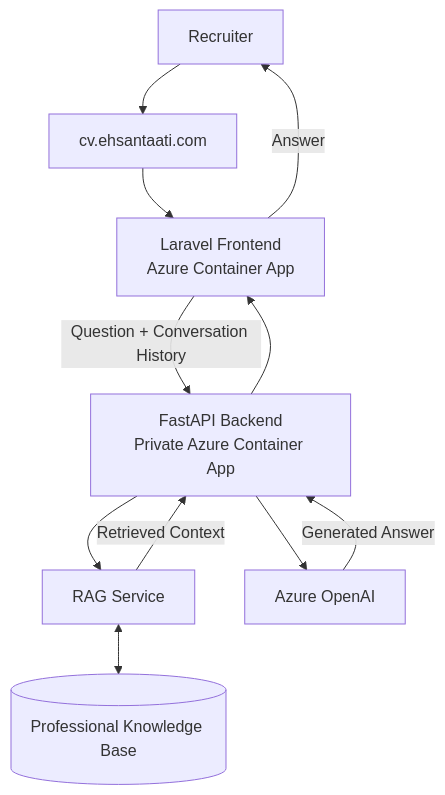
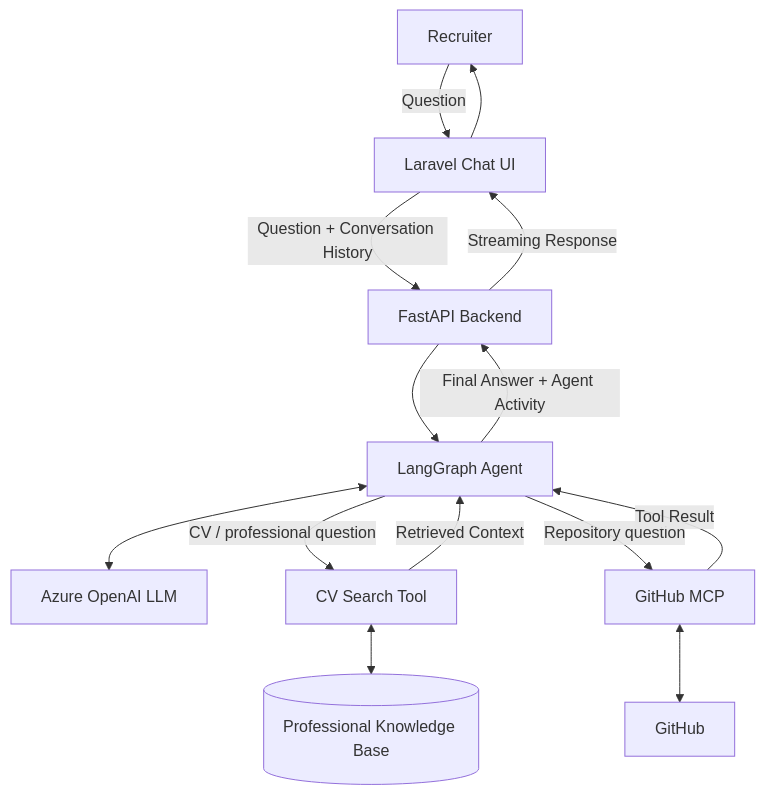
Before and after one commit to ehsantaati/talking-cv-demo: the diagram in README.md, drawn with Mermaid. The commit also changed other lines of this file, not shown here.

````diff
--- a/README.md
+++ b/README.md
@@ -23,27 +13,32 @@
 ```mermaid
 flowchart TD
     U[Recruiter]
-    D[cv.ehsantaati.com]
+    L[Laravel Chat UI]
+    F[FastAPI Backend]
+    A[LangGraph Agent]
+    LLM[Azure OpenAI LLM]
 
-    L[Laravel Frontend<br/>Azure Container App]
-    F[FastAPI Backend<br/>Private Azure Container App]
+    CV[CV Search Tool]
+    KB[(Professional Knowledge Base)]
 
-    RAG[RAG Service]
-    KB[(Professional Knowledge Base)]
-    AI[Azure OpenAI]
+    MCP[GitHub MCP]
+    GH[GitHub]
 
-    U --> D
-    D --> L
+    U -->|Question| L
+    L -->|Question + Conversation History| F
+    F --> A
 
-    L -->|Question + Conversation History| F
+    A <--> LLM
 
-    F --> RAG
-    RAG <--> KB
-    RAG -->|Retrieved Context| F
+    A -->|CV / professional question| CV
+    CV <--> KB
+    CV -->|Retrieved Context| A
 
-    F --> AI
-    AI -->|Generated Answer| F
+    A -->|Repository question| MCP
+    MCP <--> GH
+    MCP -->|Tool Result| A
 
-    F --> L
-    L -->|Answer| U
+    A -->|Final Answer + Agent Activity| F
+    F -->|Streaming Response| L
+    L --> U
 ```
````
